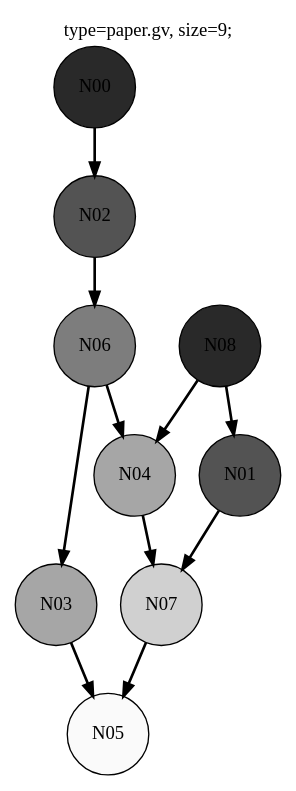
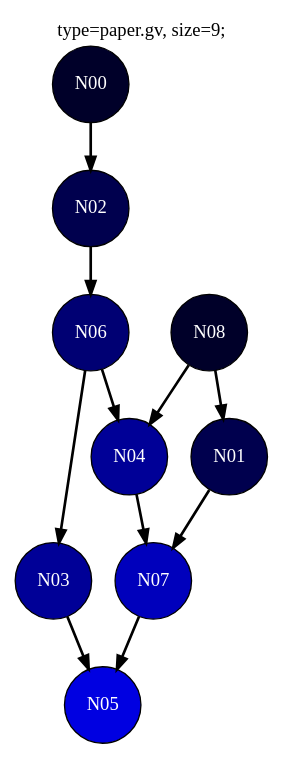
Before and after one commit to mattuntergassmair/DHPC_TopoSort: the diagram in src/graph_output/paper.gv, drawn with Graphviz. The commit also changed 6 other files, not shown here.

Commit message:
Made automatic graph drawing more pretty

```diff
--- a/src/graph_output/paper.gv
+++ b/src/graph_output/paper.gv
@@ -1,31 +1,31 @@
 # Visualization of Graph ./graph_output/paper.gv, size=9
 
 digraph g {
 
 	#TITLE
 	labelloc="t";
 	label="type=paper.gv, size=9;"
 
 	# NODES
-	N00 [ color="#000000", fillcolor="#292929", shape="circle", style="filled,solid" ];
-	N01 [ color="#000000", fillcolor="#535353", shape="circle", style="filled,solid" ];
-	N02 [ color="#000000", fillcolor="#535353", shape="circle", style="filled,solid" ];
-	N03 [ color="#000000", fillcolor="#a6a6a6", shape="circle", style="filled,solid" ];
-	N04 [ color="#000000", fillcolor="#a6a6a6", shape="circle", style="filled,solid" ];
-	N05 [ color="#000000", fillcolor="#fafafa", shape="circle", style="filled,solid" ];
-	N06 [ color="#000000", fillcolor="#7d7d7d", shape="circle", style="filled,solid" ];
-	N07 [ color="#000000", fillcolor="#d0d0d0", shape="circle", style="filled,solid" ];
-	N08 [ color="#000000", fillcolor="#292929", shape="circle", style="filled,solid" ];
+	N00 [ color="#000000", fillcolor="#000029", fontcolor=white, fontname="Courier:italic", shape="circle", style="filled,solid" ];
+	N01 [ color="#000000", fillcolor="#00004e", fontcolor=white, fontname="Courier:italic", shape="circle", style="filled,solid" ];
+	N02 [ color="#000000", fillcolor="#00004e", fontcolor=white, fontname="Courier:italic", shape="circle", style="filled,solid" ];
+	N03 [ color="#000000", fillcolor="#000097", fontcolor=white, fontname="Courier:italic", shape="circle", style="filled,solid" ];
+	N04 [ color="#000000", fillcolor="#000097", fontcolor=white, fontname="Courier:italic", shape="circle", style="filled,solid" ];
+	N05 [ color="#000000", fillcolor="#0000e1", fontcolor=white, fontname="Courier:italic", shape="circle", style="filled,solid" ];
+	N06 [ color="#000000", fillcolor="#000073", fontcolor=white, fontname="Courier:italic", shape="circle", style="filled,solid" ];
+	N07 [ color="#000000", fillcolor="#0000bc", fontcolor=white, fontname="Courier:italic", shape="circle", style="filled,solid" ];
+	N08 [ color="#000000", fillcolor="#000029", fontcolor=white, fontname="Courier:italic", shape="circle", style="filled,solid" ];
 
 	# EDGES
 	N00 -> N02 [ penwidth=2, style="solid", color="#000000" ];
 	N01 -> N07 [ penwidth=2, style="solid", color="#000000" ];
 	N02 -> N06 [ penwidth=2, style="solid", color="#000000" ];
 	N03 -> N05 [ penwidth=2, style="solid", color="#000000" ];
 	N04 -> N07 [ penwidth=2, style="solid", color="#000000" ];
 	N06 -> N03 [ penwidth=2, style="solid", color="#000000" ];
 	N06 -> N04 [ penwidth=2, style="solid", color="#000000" ];
 	N07 -> N05 [ penwidth=2, style="solid", color="#000000" ];
 	N08 -> N01 [ penwidth=2, style="solid", color="#000000" ];
 	N08 -> N04 [ penwidth=2, style="solid", color="#000000" ];
 }
```
